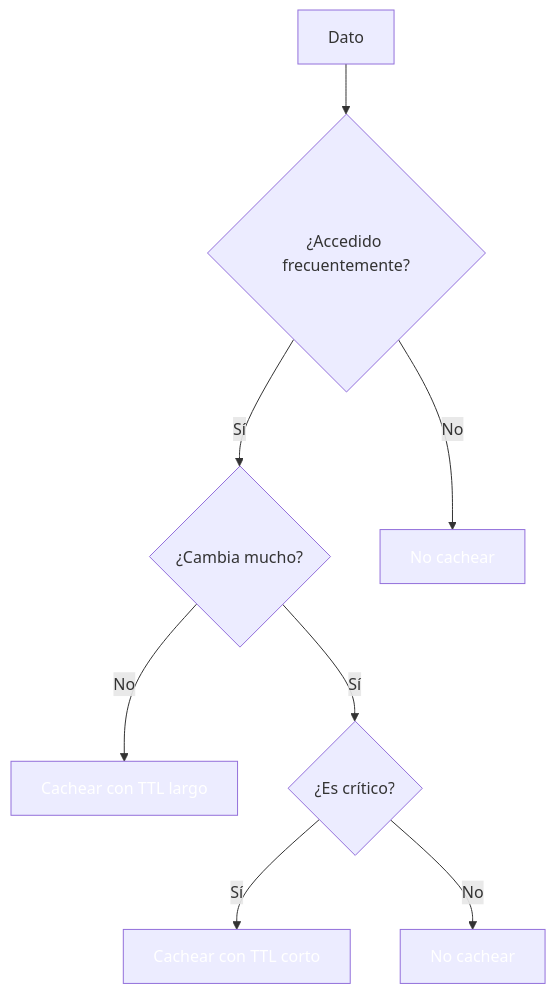
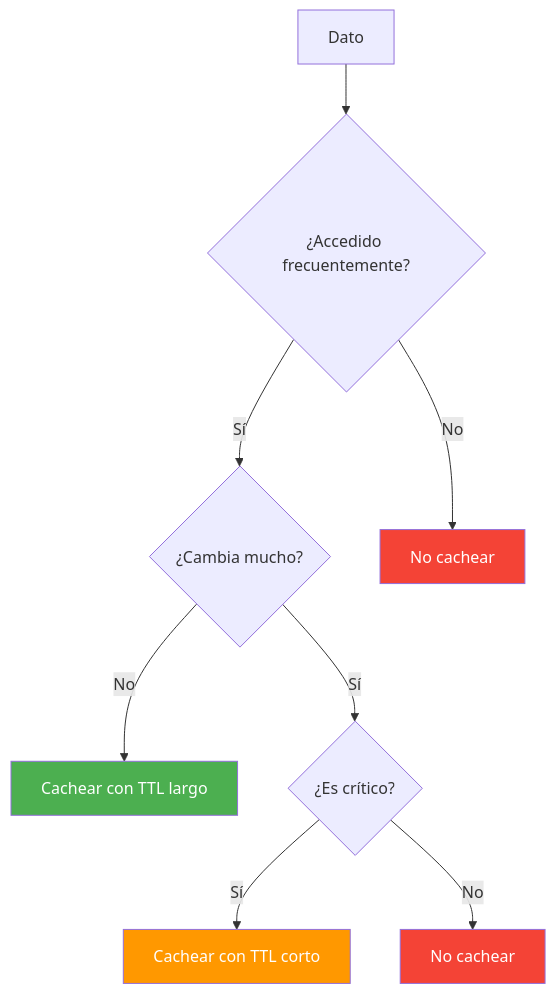
One commit to joseluisgs/DesarrolloWebEntornosServidor-02-2026-2027 changed diagram 14 of 17 in 14-cache-redis.md. Above: the diagram before and after it, drawn with Mermaid. The commit also changed other lines of this file, not shown here.

````diff
--- a/14-cache-redis.md
+++ b/14-cache-redis.md
@@ -778,14 +856,14 @@
 ```mermaid
 flowchart TD
     A["Dato"] --> B{"¿Accedido frecuentemente?"}
     B -->|Sí| C{"¿Cambia mucho?"}
     B -->|No| D["No cachear"]
     C -->|No| E["Cachear con TTL largo"]
     C -->|Sí| F{"¿Es crítico?"}
     F -->|Sí| G["Cachear con TTL corto"]
     F -->|No| H["No cachear"]
-    style E fill:#4CAF5,color:#fff0,color:#fff
-    style G fill:#FF980,color:#fff0,color:#fff
-    style D fill:#F4433,color:#fff6,color:#fff
-    style H fill:#F4433,color:#fff6,color:#fff
+    style E fill:#4CAF50,color:#fff
+    style G fill:#FF9800,color:#fff
+    style D fill:#F44336,color:#fff
+    style H fill:#F44336,color:#fff
 ```
````
